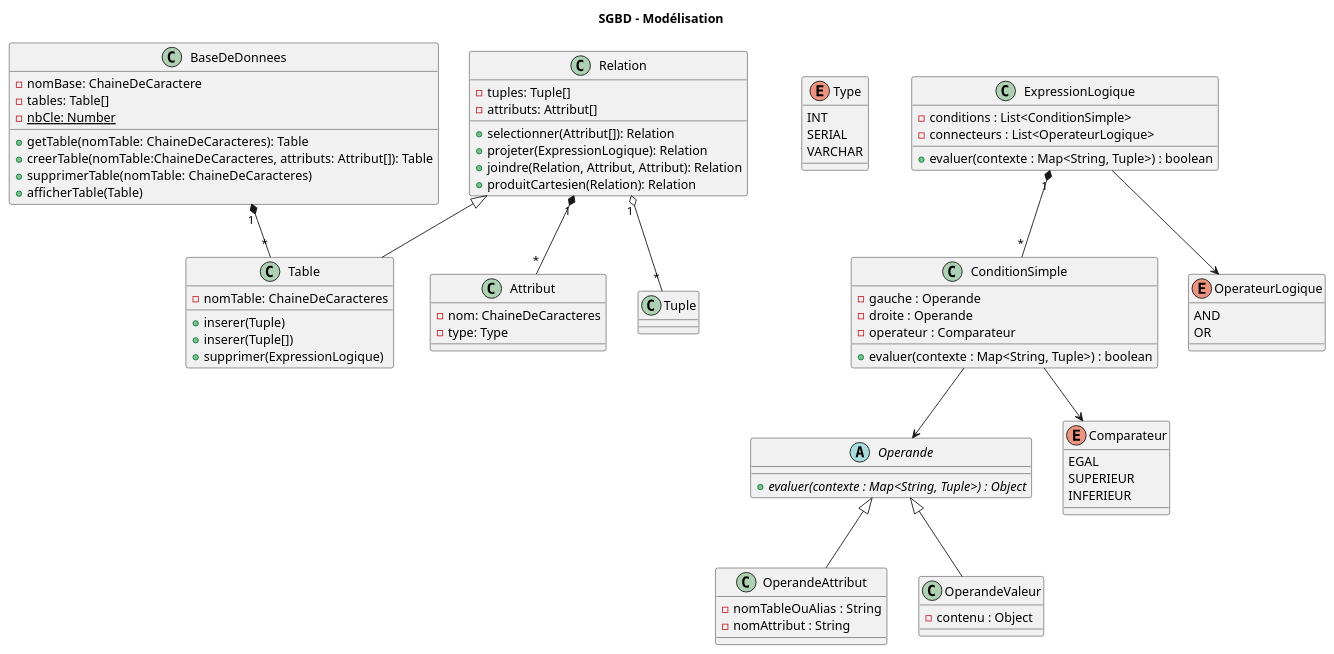
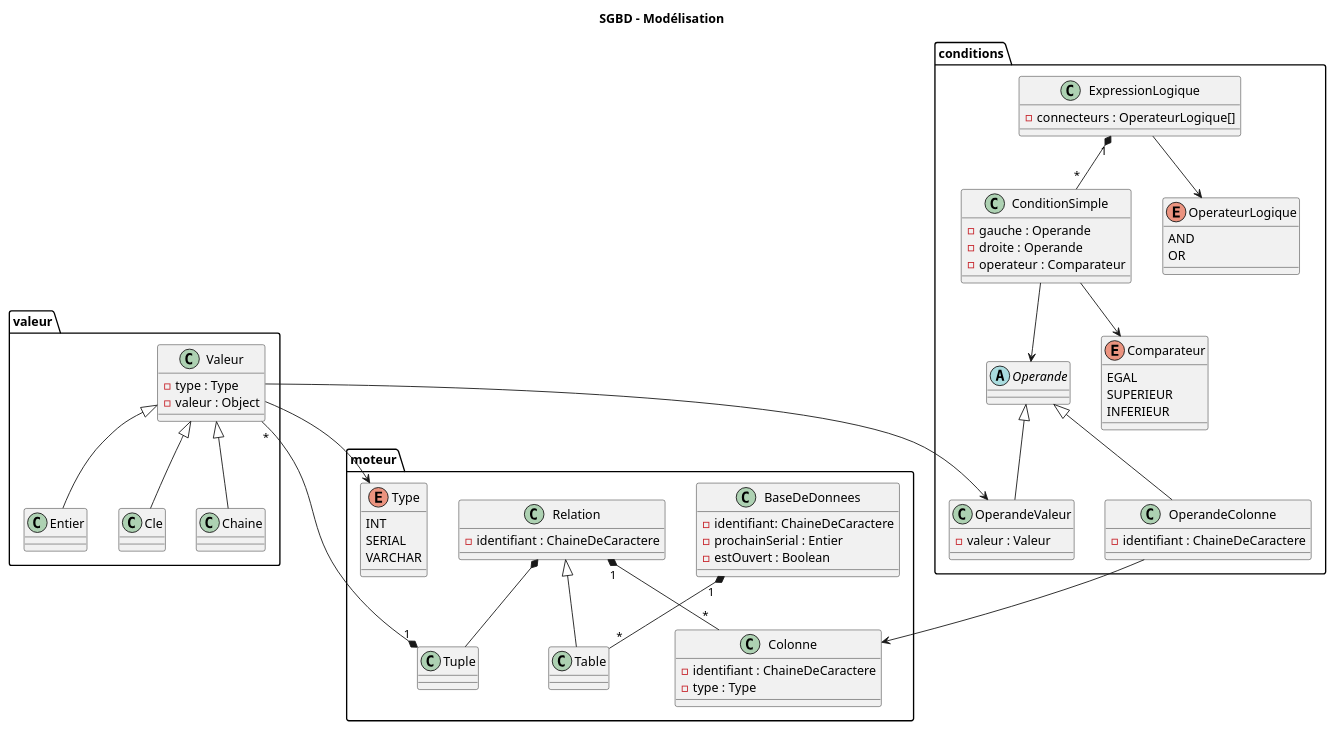
The diagram in Modelisation.puml (nmornon/pi-poo-sgbd-java), drawn with PlantUML before and after one commit.

```diff
--- a/Modelisation.puml
+++ b/Modelisation.puml
@@ -1,98 +1,103 @@
 @startuml
 title SGBD - Modélisation
 
+package "moteur" {
   class BaseDeDonnees {
-    - nomBase: ChaineDeCaractere
-    - tables: Table[]
-    - {static} nbCle: Number
-    + getTable(nomTable: ChaineDeCaracteres): Table
-    + creerTable(nomTable:ChaineDeCaracteres, attributs: Attribut[]): Table
-    + supprimerTable(nomTable: ChaineDeCaracteres)
-    + afficherTable(Table)
+    - identifiant: ChaineDeCaractere
+    - prochainSerial : Entier
+    - estOuvert : Boolean
   }
 
   class Table {
-    - nomTable: ChaineDeCaracteres
-    + inserer(Tuple)
-    + inserer(Tuple[])
-    + supprimer(ExpressionLogique)
   }
 
   class Relation {
-    - tuples: Tuple[]
-    - attributs: Attribut[]
-    + selectionner(Attribut[]): Relation
-    + projeter(ExpressionLogique): Relation
-    + joindre(Relation, Attribut, Attribut): Relation
-    + produitCartesien(Relation): Relation
-  }
-
-  class Attribut {
-    - nom: ChaineDeCaracteres
-    - type: Type
+    - identifiant : ChaineDeCaractere 
   }
 
   enum Type {
     INT
     SERIAL
     VARCHAR
   }
 
   class Tuple {
-    
   }
 
+  class Colonne{
+    - identifiant : ChaineDeCaractere
+    - type : Type
+  }
+}
+
+package "conditions"{
   class ExpressionLogique {
-    - conditions : List<ConditionSimple>
-    - connecteurs : List<OperateurLogique>
-
-    + evaluer(contexte : Map<String, Tuple>) : boolean
+    - connecteurs : OperateurLogique[]
   }
 
   class ConditionSimple {
     - gauche : Operande
     - droite : Operande
     - operateur : Comparateur
-
-    + evaluer(contexte : Map<String, Tuple>) : boolean
   }
 
   abstract class Operande {
-    + {abstract} evaluer(contexte : Map<String, Tuple>) : Object
   }
 
-  class OperandeAttribut {
-    - nomTableOuAlias : String
-    - nomAttribut : String
+  class OperandeColonne {
+    - identifiant : ChaineDeCaractere 
   }
 
   class OperandeValeur {
-    - contenu : Object
+    - valeur : Valeur 
   }
 
   enum OperateurLogique {
     AND
     OR
   }
 
   enum Comparateur {
     EGAL
     SUPERIEUR
     INFERIEUR
   }
+}
 
-Operande <|-- OperandeAttribut
+package "valeur"{
+
+  class Valeur {
+   - type : Type
+   - valeur : Object
+   
+  }
+
+  class Entier {}
+
+  class Cle {}
+
+  class Chaine{}
+}
+
+Operande <|-- OperandeColonne
 Operande <|-- OperandeValeur
 
+Valeur <|-- Entier 
+Valeur <|-- Cle 
+Valeur <|-- Chaine
 
 BaseDeDonnees "1" *-- "*" Table
 Relation <|-- Table
-Relation "1"  o-- "*" Tuple
-Relation "1" *-- "*" Attribut
+Relation *-- Tuple
+Relation "1" *-- "*" Colonne
 
 ExpressionLogique "1" *-- "*" ConditionSimple
 ExpressionLogique --> OperateurLogique
 
 ConditionSimple --> Operande
 ConditionSimple --> Comparateur
+OperandeColonne --> Colonne
+Tuple "1" *-- "*"  Valeur
+Valeur -->Type
+Valeur -->OperandeValeur
 @enduml
```
